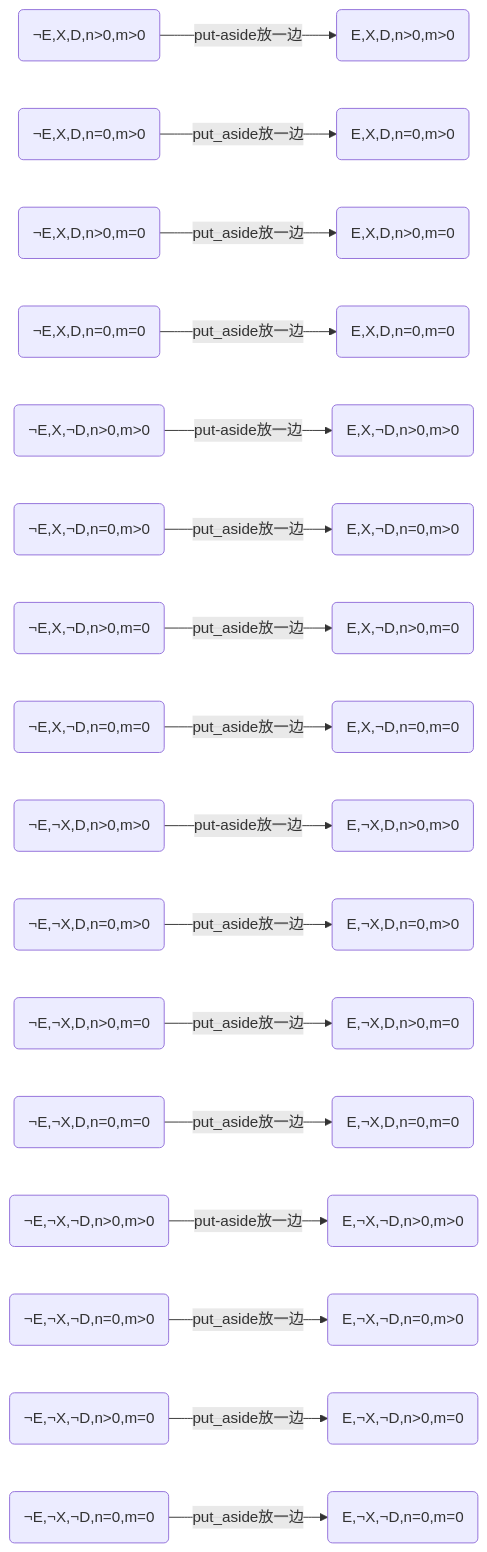
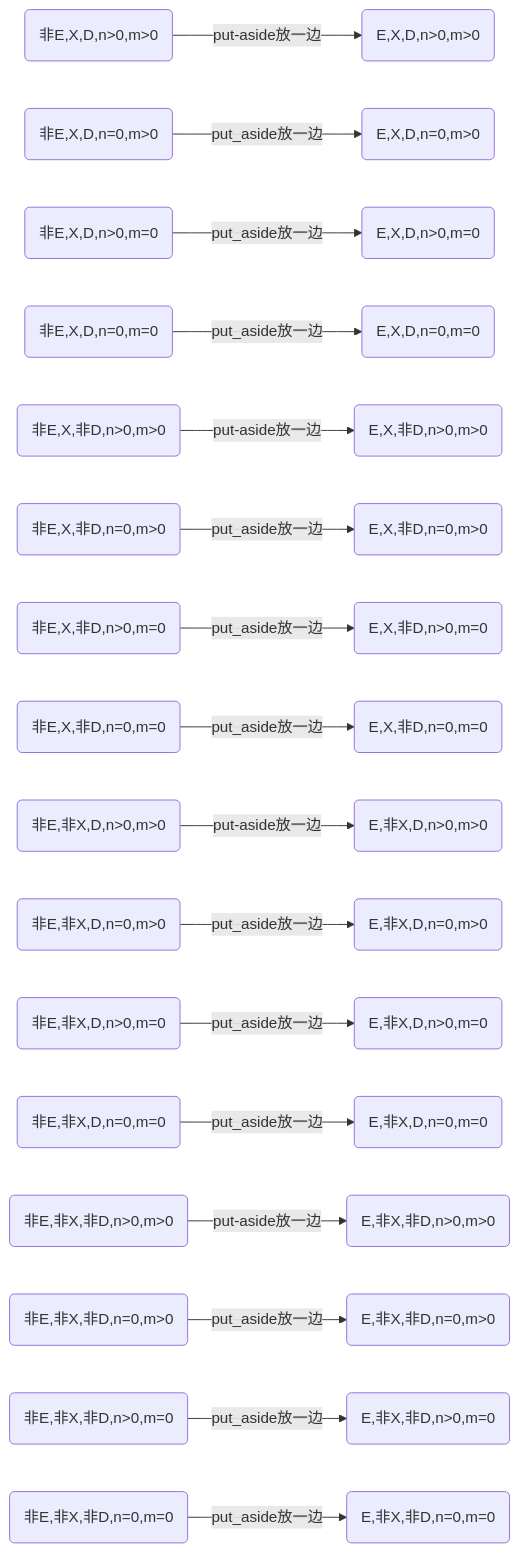
Diagram 12 of 29 in docs/SolversBaseOnPDDL/GP_Numerical/图法QNP.md (Tridu33/ZERO-Starting-AI-Planning-in-PDDL-Descripted-World), drawn with Mermaid before and after one commit. The commit also changed other lines of this file and 25 other files, not shown here.

````diff
--- a/docs/SolversBaseOnPDDL/GP_Numerical/图法QNP.md
+++ b/docs/SolversBaseOnPDDL/GP_Numerical/图法QNP.md
@@ -285,19 +285,19 @@
 ```mermaid
 graph LR;
-　　S12(&notE,X,D,n>0,m>0) -->|put-aside放一边| S28(E,X,D,n>0,m>0);
-　　S14(&notE,X,D,n=0,m>0) -->|put_aside放一边| S30(E,X,D,n=0,m>0);
-　　S13(&notE,X,D,n>0,m=0) -->|put_aside放一边| S29(E,X,D,n>0,m=0);
-　　S15(&notE,X,D,n=0,m=0) -->|put_aside放一边| S31(E,X,D,n=0,m=0);　
-　　S8(&notE,X,&notD,n>0,m>0) -->|put-aside放一边| S24(E,X,&notD,n>0,m>0);
-　　S10(&notE,X,&notD,n=0,m>0) -->|put_aside放一边| S26(E,X,&notD,n=0,m>0);
-　　S9(&notE,X,&notD,n>0,m=0) -->|put_aside放一边| S25(E,X,&notD,n>0,m=0);
-　　S11(&notE,X,&notD,n=0,m=0) -->|put_aside放一边| S27(E,X,&notD,n=0,m=0);
-　　S4(&notE,&notX,D,n>0,m>0) -->|put-aside放一边| S20(E,&notX,D,n>0,m>0);
-　　S6(&notE,&notX,D,n=0,m>0) -->|put_aside放一边| S22(E,&notX,D,n=0,m>0);
-　　S5(&notE,&notX,D,n>0,m=0) -->|put_aside放一边| S21(E,&notX,D,n>0,m=0);
-　　S7(&notE,&notX,D,n=0,m=0) -->|put_aside放一边| S23(E,&notX,D,n=0,m=0);　
-　　S0(&notE,&notX,&notD,n>0,m>0) -->|put-aside放一边| S16(E,&notX,&notD,n>0,m>0);
-　　S2(&notE,&notX,&notD,n=0,m>0) -->|put_aside放一边| S18(E,&notX,&notD,n=0,m>0);
-　　S1(&notE,&notX,&notD,n>0,m=0) -->|put_aside放一边| S17(E,&notX,&notD,n>0,m=0);
-　　S3(&notE,&notX,&notD,n=0,m=0) -->|put_aside放一边| S19(E,&notX,&notD,n=0,m=0);
+　　S12(非E,X,D,n>0,m>0) -->|put-aside放一边| S28(E,X,D,n>0,m>0);
+　　S14(非E,X,D,n=0,m>0) -->|put_aside放一边| S30(E,X,D,n=0,m>0);
+　　S13(非E,X,D,n>0,m=0) -->|put_aside放一边| S29(E,X,D,n>0,m=0);
+　　S15(非E,X,D,n=0,m=0) -->|put_aside放一边| S31(E,X,D,n=0,m=0);　
+　　S8(非E,X,非D,n>0,m>0) -->|put-aside放一边| S24(E,X,非D,n>0,m>0);
+　　S10(非E,X,非D,n=0,m>0) -->|put_aside放一边| S26(E,X,非D,n=0,m>0);
+　　S9(非E,X,非D,n>0,m=0) -->|put_aside放一边| S25(E,X,非D,n>0,m=0);
+　　S11(非E,X,非D,n=0,m=0) -->|put_aside放一边| S27(E,X,非D,n=0,m=0);
+　　S4(非E,非X,D,n>0,m>0) -->|put-aside放一边| S20(E,非X,D,n>0,m>0);
+　　S6(非E,非X,D,n=0,m>0) -->|put_aside放一边| S22(E,非X,D,n=0,m>0);
+　　S5(非E,非X,D,n>0,m=0) -->|put_aside放一边| S21(E,非X,D,n>0,m=0);
+　　S7(非E,非X,D,n=0,m=0) -->|put_aside放一边| S23(E,非X,D,n=0,m=0);　
+　　S0(非E,非X,非D,n>0,m>0) -->|put-aside放一边| S16(E,非X,非D,n>0,m>0);
+　　S2(非E,非X,非D,n=0,m>0) -->|put_aside放一边| S18(E,非X,非D,n=0,m>0);
+　　S1(非E,非X,非D,n>0,m=0) -->|put_aside放一边| S17(E,非X,非D,n>0,m=0);
+　　S3(非E,非X,非D,n=0,m=0) -->|put_aside放一边| S19(E,非X,非D,n=0,m=0);
 ```
````
